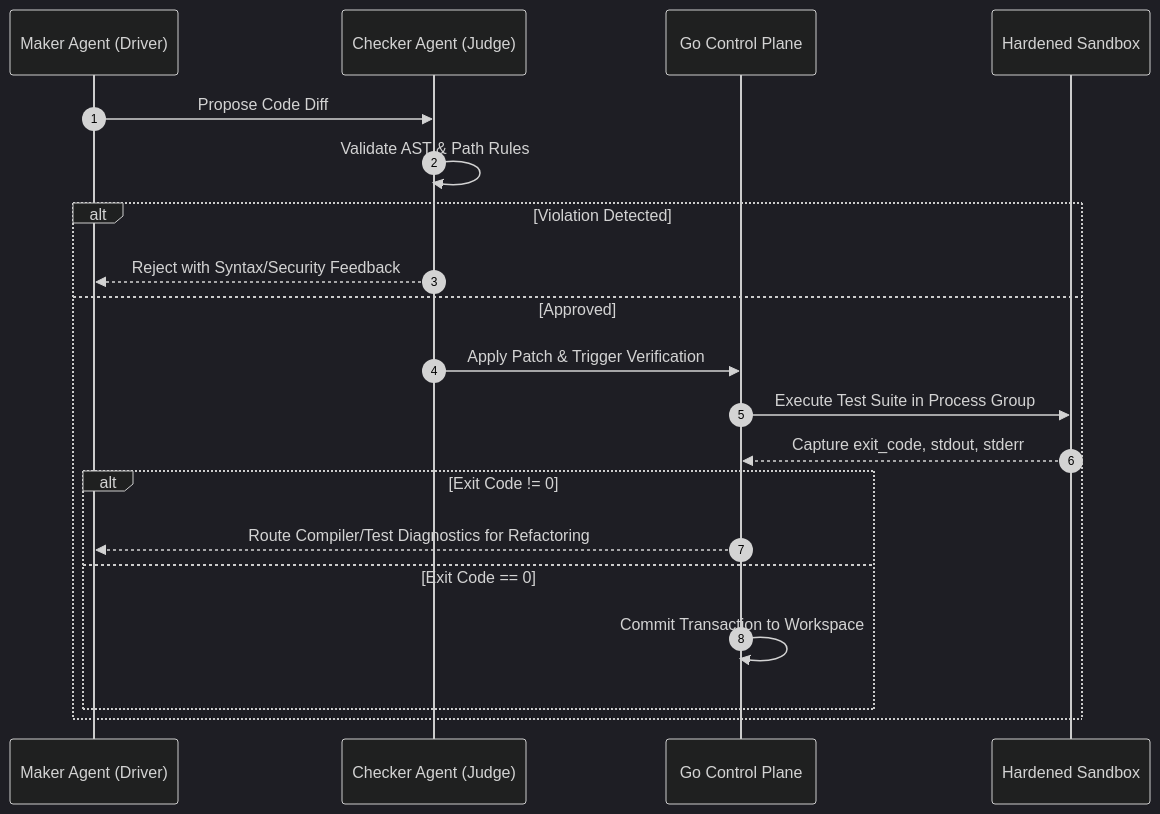
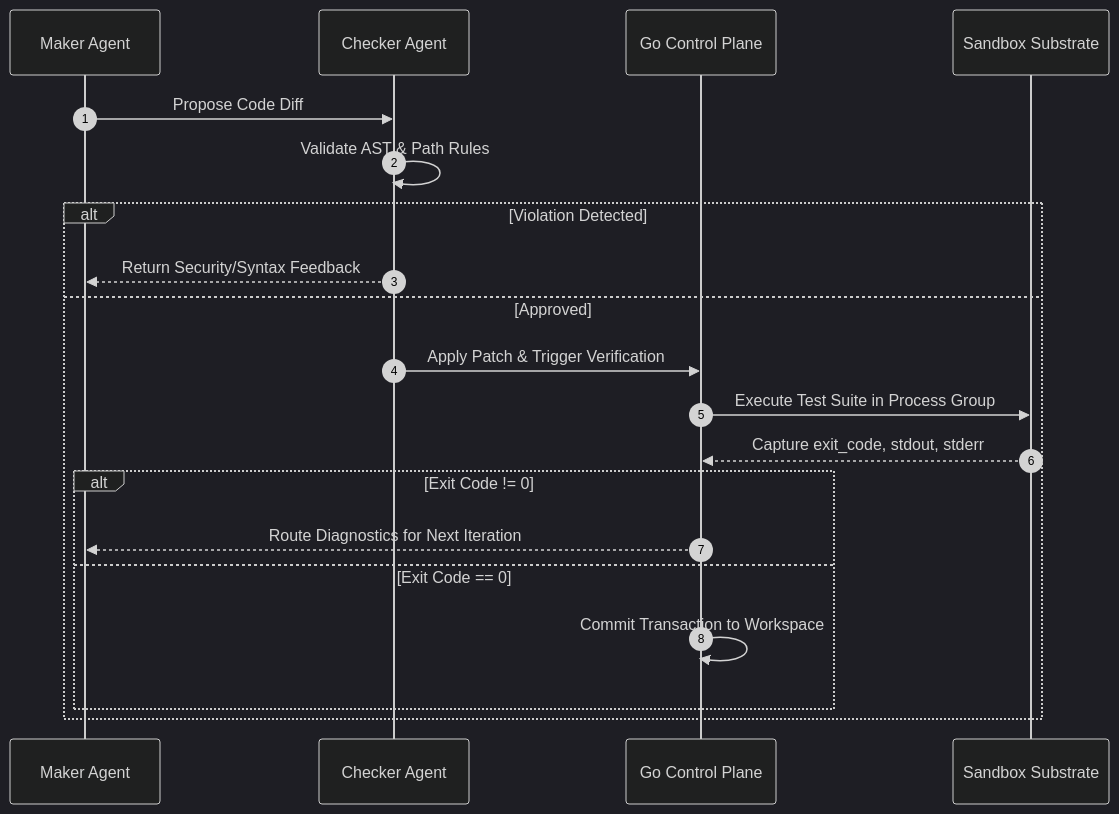
One commit to Namanbhatt-01/loop-engine changed the diagram in README.md. Above: the diagram before and after it, drawn with Mermaid (dark theme). The commit also changed other lines of this file and 5 other files, not shown here.

````diff
--- a/README.md
+++ b/README.md
@@ -148,23 +147,23 @@
 ```mermaid
 sequenceDiagram
     autonumber
-    participant Maker as Maker Agent (Driver)
-    participant Checker as Checker Agent (Judge)
+    participant Maker as Maker Agent
+    participant Checker as Checker Agent
     participant Go as Go Control Plane
-    participant Sandbox as Hardened Sandbox
+    participant Sandbox as Sandbox Substrate
 
     Maker->>Checker: Propose Code Diff
     Checker->>Checker: Validate AST & Path Rules
     alt Violation Detected
-        Checker-->>Maker: Reject with Syntax/Security Feedback
+        Checker-->>Maker: Return Security/Syntax Feedback
     else Approved
         Checker->>Go: Apply Patch & Trigger Verification
         Go->>Sandbox: Execute Test Suite in Process Group
         Sandbox-->>Go: Capture exit_code, stdout, stderr
         alt Exit Code != 0
-            Go-->>Maker: Route Compiler/Test Diagnostics for Refactoring
+            Go-->>Maker: Route Diagnostics for Next Iteration
         else Exit Code == 0
             Go->>Go: Commit Transaction to Workspace
         end
     end
 ```
````
